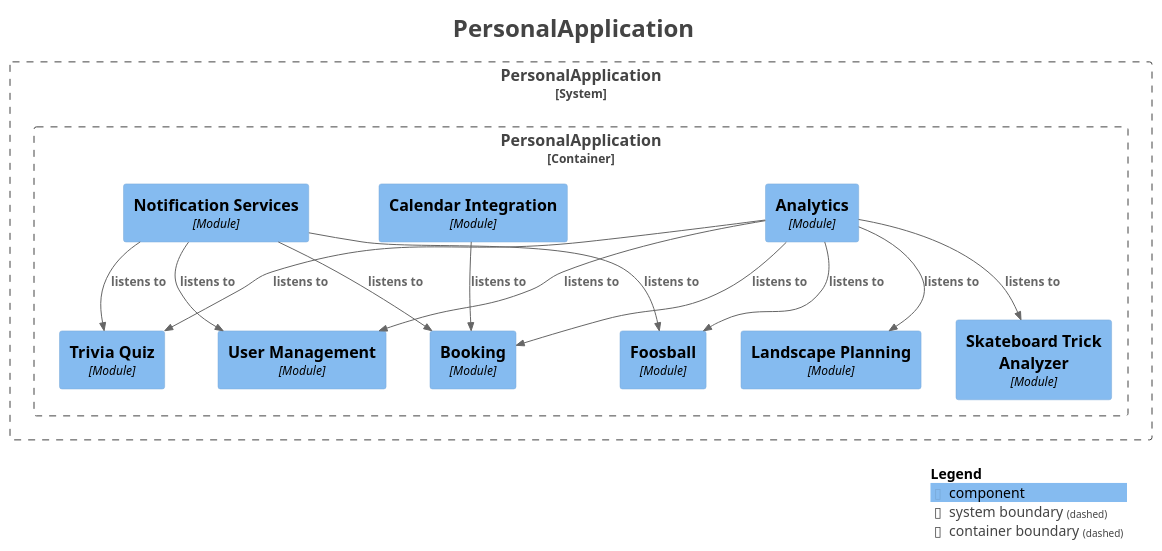
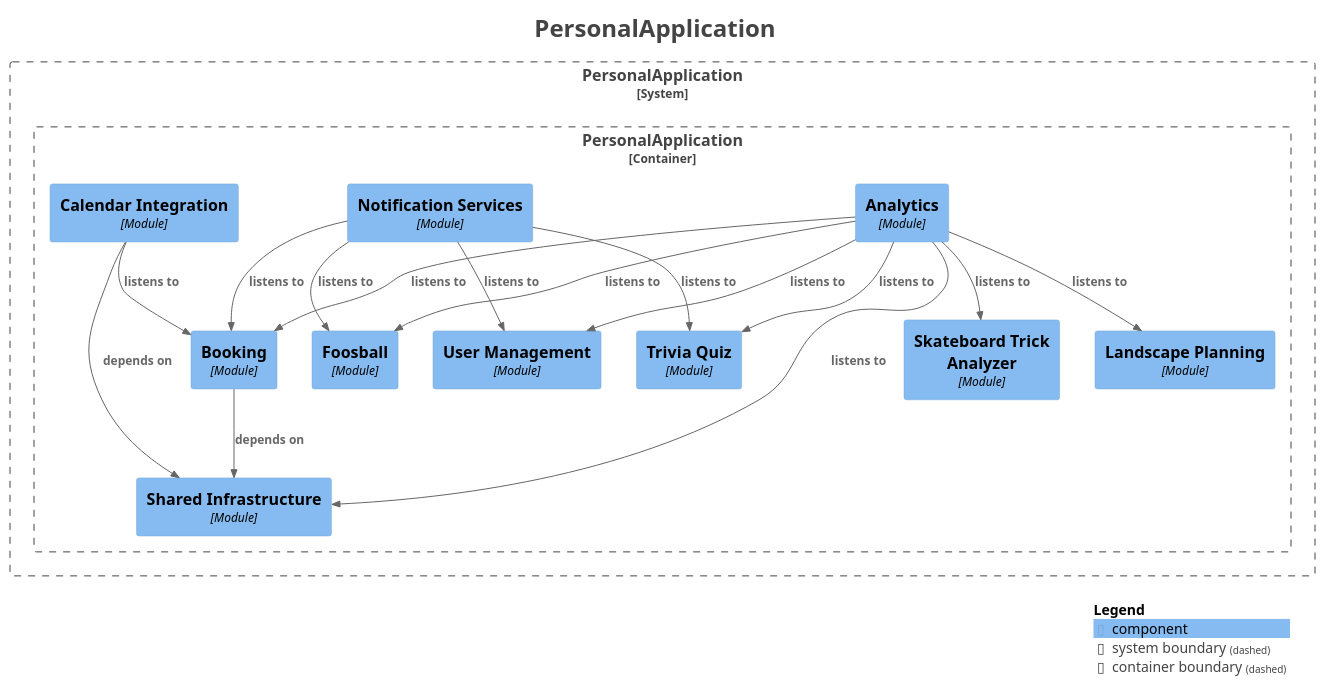
Before and after one commit to SnapPetal/personal-web: the diagram in docs/modulith/components.puml, drawn with PlantUML. The commit also changed 23 other files, not shown here.

```diff
--- a/docs/modulith/components.puml
+++ b/docs/modulith/components.puml
@@ -1,47 +1,51 @@
 @startuml
 title <size:24>PersonalApplication</size>
 
 set separator none
 top to bottom direction
 
 <style>
   root {
     BackgroundColor: #ffffff
     FontColor: #444444
   }
 </style>
 
 !include <C4/C4>
 !include <C4/C4_Context>
 !include <C4/C4_Component>
 
 System_Boundary("PersonalApplication_boundary", "PersonalApplication", $tags="") {
   Container_Boundary("PersonalApplication.PersonalApplication_boundary", "PersonalApplication", $tags="") {
-    Component(PersonalApplication.PersonalApplication.TriviaQuiz, "Trivia Quiz", $techn="Module", $descr="", $tags="", $link="")
     Component(PersonalApplication.PersonalApplication.UserManagement, "User Management", $techn="Module", $descr="", $tags="", $link="")
+    Component(PersonalApplication.PersonalApplication.Booking, "Booking", $techn="Module", $descr="", $tags="", $link="")
     Component(PersonalApplication.PersonalApplication.Analytics, "Analytics", $techn="Module", $descr="", $tags="", $link="")
     Component(PersonalApplication.PersonalApplication.CalendarIntegration, "Calendar Integration", $techn="Module", $descr="", $tags="", $link="")
     Component(PersonalApplication.PersonalApplication.NotificationServices, "Notification Services", $techn="Module", $descr="", $tags="", $link="")
-    Component(PersonalApplication.PersonalApplication.Booking, "Booking", $techn="Module", $descr="", $tags="", $link="")
     Component(PersonalApplication.PersonalApplication.Foosball, "Foosball", $techn="Module", $descr="", $tags="", $link="")
     Component(PersonalApplication.PersonalApplication.LandscapePlanning, "Landscape Planning", $techn="Module", $descr="", $tags="", $link="")
+    Component(PersonalApplication.PersonalApplication.SharedInfrastructure, "Shared Infrastructure", $techn="Module", $descr="", $tags="", $link="")
     Component(PersonalApplication.PersonalApplication.SkateboardTrickAnalyzer, "Skateboard Trick Analyzer", $techn="Module", $descr="", $tags="", $link="")
+    Component(PersonalApplication.PersonalApplication.TriviaQuiz, "Trivia Quiz", $techn="Module", $descr="", $tags="", $link="")
   }
 
 }
 
-Rel(PersonalApplication.PersonalApplication.Analytics, PersonalApplication.PersonalApplication.UserManagement, "listens to", $techn="", $tags="", $link="")
-Rel(PersonalApplication.PersonalApplication.Analytics, PersonalApplication.PersonalApplication.Booking, "listens to", $techn="", $tags="", $link="")
 Rel(PersonalApplication.PersonalApplication.Analytics, PersonalApplication.PersonalApplication.LandscapePlanning, "listens to", $techn="", $tags="", $link="")
 Rel(PersonalApplication.PersonalApplication.Analytics, PersonalApplication.PersonalApplication.Foosball, "listens to", $techn="", $tags="", $link="")
+Rel(PersonalApplication.PersonalApplication.Analytics, PersonalApplication.PersonalApplication.UserManagement, "listens to", $techn="", $tags="", $link="")
 Rel(PersonalApplication.PersonalApplication.Analytics, PersonalApplication.PersonalApplication.TriviaQuiz, "listens to", $techn="", $tags="", $link="")
 Rel(PersonalApplication.PersonalApplication.Analytics, PersonalApplication.PersonalApplication.SkateboardTrickAnalyzer, "listens to", $techn="", $tags="", $link="")
+Rel(PersonalApplication.PersonalApplication.Analytics, PersonalApplication.PersonalApplication.Booking, "listens to", $techn="", $tags="", $link="")
+Rel(PersonalApplication.PersonalApplication.Analytics, PersonalApplication.PersonalApplication.SharedInfrastructure, "listens to", $techn="", $tags="", $link="")
+Rel(PersonalApplication.PersonalApplication.CalendarIntegration, PersonalApplication.PersonalApplication.Booking, "listens to", $techn="", $tags="", $link="")
+Rel(PersonalApplication.PersonalApplication.CalendarIntegration, PersonalApplication.PersonalApplication.SharedInfrastructure, "depends on", $techn="", $tags="", $link="")
+Rel(PersonalApplication.PersonalApplication.Booking, PersonalApplication.PersonalApplication.SharedInfrastructure, "depends on", $techn="", $tags="", $link="")
+Rel(PersonalApplication.PersonalApplication.NotificationServices, PersonalApplication.PersonalApplication.Foosball, "listens to", $techn="", $tags="", $link="")
 Rel(PersonalApplication.PersonalApplication.NotificationServices, PersonalApplication.PersonalApplication.UserManagement, "listens to", $techn="", $tags="", $link="")
 Rel(PersonalApplication.PersonalApplication.NotificationServices, PersonalApplication.PersonalApplication.TriviaQuiz, "listens to", $techn="", $tags="", $link="")
-Rel(PersonalApplication.PersonalApplication.NotificationServices, PersonalApplication.PersonalApplication.Foosball, "listens to", $techn="", $tags="", $link="")
 Rel(PersonalApplication.PersonalApplication.NotificationServices, PersonalApplication.PersonalApplication.Booking, "listens to", $techn="", $tags="", $link="")
-Rel(PersonalApplication.PersonalApplication.CalendarIntegration, PersonalApplication.PersonalApplication.Booking, "listens to", $techn="", $tags="", $link="")
 
 SHOW_LEGEND(true)
 hide stereotypes
 @enduml
```
